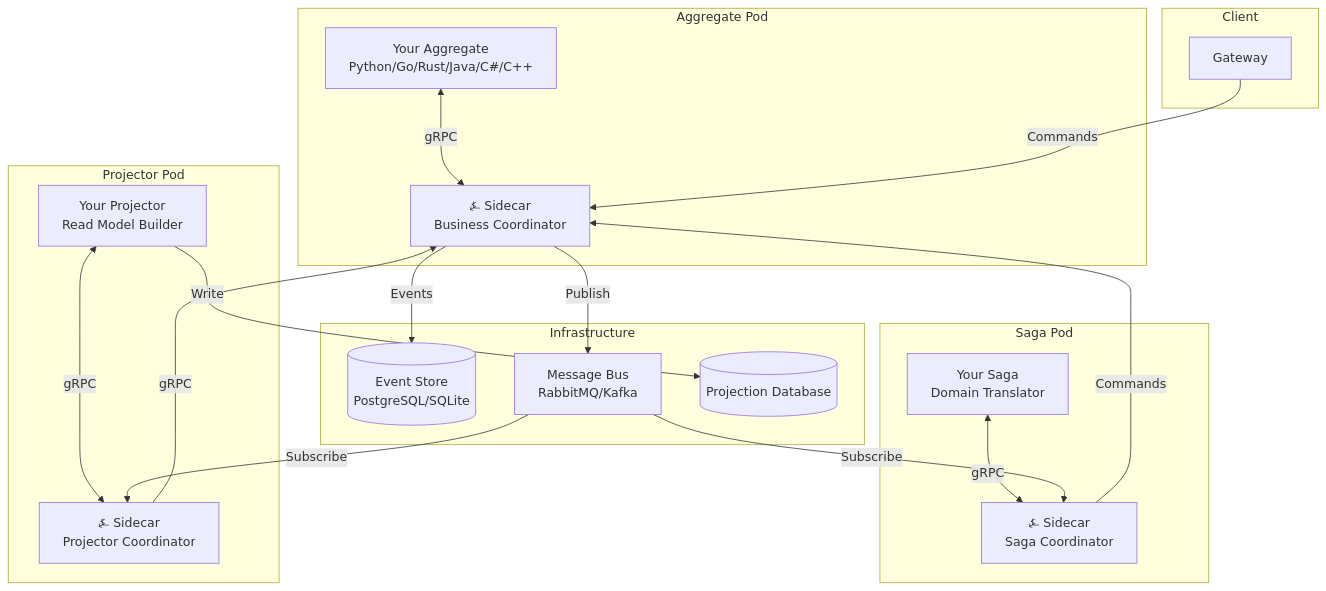
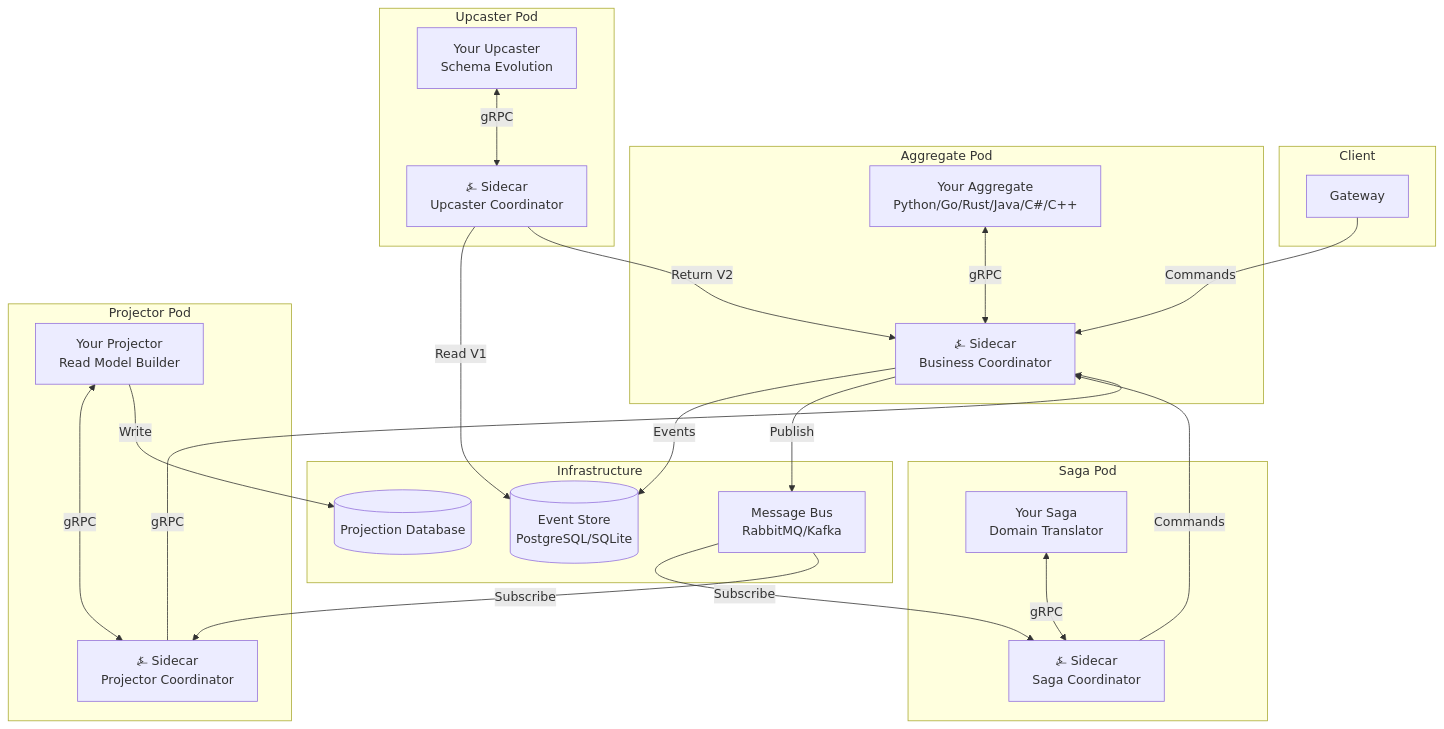
One commit to benjaminabbitt/angzarr changed the diagram in docs/docs/intro.md. Above: the diagram before and after it, drawn with Mermaid.

Commit message:
Add upcaster component to architecture preview diagram

````diff
--- a/docs/docs/intro.md
+++ b/docs/docs/intro.md
@@ -73,39 +73,47 @@
 ```mermaid
 flowchart TB
     subgraph Client
         GW[Gateway]
     end
 
     subgraph Infrastructure
         ES[(Event Store<br/>PostgreSQL/SQLite)]
         BUS[Message Bus<br/>RabbitMQ/Kafka]
         PRJ_DB[(Projection Database)]
     end
 
     subgraph AggPod[Aggregate Pod]
         AGG[Your Aggregate<br/>Python/Go/Rust/Java/C#/C++]
         AGG_COORD[⍼ Sidecar<br/>Business Coordinator]
         AGG <--> |gRPC| AGG_COORD
     end
 
     subgraph SagaPod[Saga Pod]
         SAGA[Your Saga<br/>Domain Translator]
         SAGA_COORD[⍼ Sidecar<br/>Saga Coordinator]
         SAGA <--> |gRPC| SAGA_COORD
     end
 
     subgraph PrjPod[Projector Pod]
         PRJ[Your Projector<br/>Read Model Builder]
         PRJ_COORD[⍼ Sidecar<br/>Projector Coordinator]
         PRJ <--> |gRPC| PRJ_COORD
     end
 
+    subgraph UpcPod[Upcaster Pod]
+        UPC[Your Upcaster<br/>Schema Evolution]
+        UPC_COORD[⍼ Sidecar<br/>Upcaster Coordinator]
+        UPC <--> |gRPC| UPC_COORD
+    end
+
     GW --> |Commands| AGG_COORD
     AGG_COORD --> |Events| ES
     AGG_COORD --> |Publish| BUS
     BUS --> |Subscribe| SAGA_COORD
     BUS --> |Subscribe| PRJ_COORD
     SAGA_COORD --> |Commands| AGG_COORD
     PRJ_COORD --> |gRPC| AGG_COORD
     PRJ --> |Write| PRJ_DB
+    UPC_COORD --> |Read V1| ES
+    UPC_COORD --> |Return V2| AGG_COORD
 ```
````
